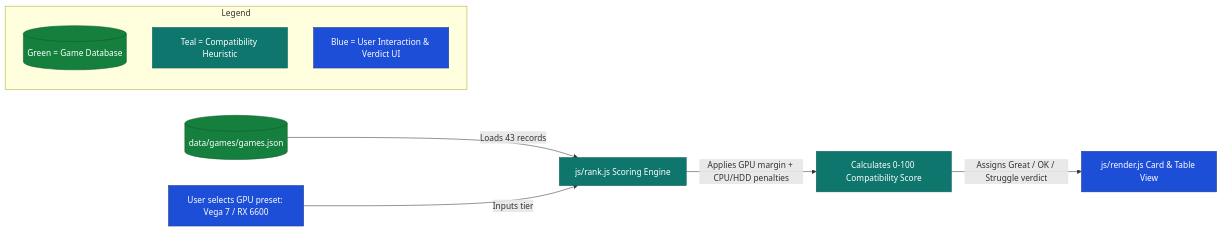
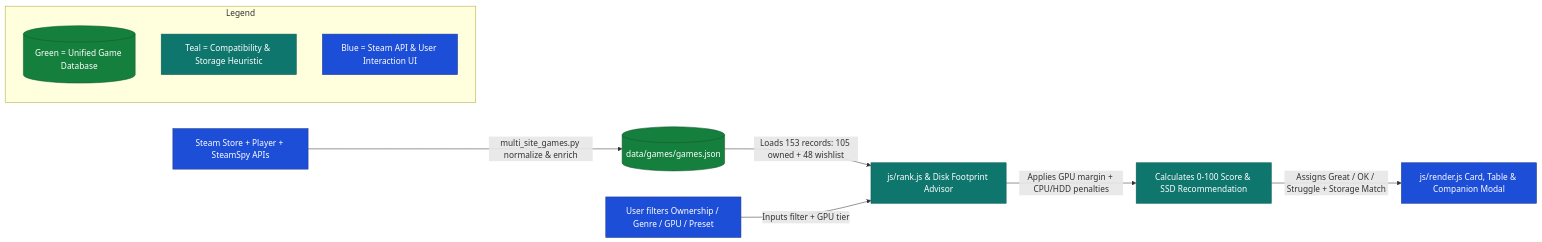
One commit to Mostakim2005/database-manager changed the third of 12 diagrams in docs/ARCHITECTURE.md. Above: the diagram before and after it, drawn with Mermaid. The commit also changed other lines of this file and 28 other files, not shown here.

Commit message:
feat(games): unify 105 owned Steam games with 48 RTS wishlist titles and sync cross-domain sectors

````diff
--- a/docs/ARCHITECTURE.md
+++ b/docs/ARCHITECTURE.md
@@ -115,18 +115,19 @@
 ```mermaid
 flowchart LR
     %% Color Definitions
     classDef startNode fill:#1d4ed8,stroke:#1e3a8a,color:#ffffff
     classDef processNode fill:#0f766e,stroke:#115e59,color:#ffffff
     classDef dataNode fill:#15803d,stroke:#14532d,color:#ffffff
 
-    G1[(data/games/games.json)]:::dataNode -->|Loads 43 records| G2[js/rank.js Scoring Engine]:::processNode
-    G3[User selects GPU preset: Vega 7 / RX 6600]:::startNode -->|Inputs tier| G2
-    G2 -->|Applies GPU margin + CPU/HDD penalties| G4[Calculates 0-100 Compatibility Score]:::processNode
-    G4 -->|Assigns Great / OK / Struggle verdict| G5[js/render.js Card & Table View]:::startNode
+    S0[Steam Store + Player + SteamSpy APIs]:::startNode -->|multi_site_games.py normalize & enrich| G1[(data/games/games.json)]:::dataNode
+    G1 -->|Loads 153 records: 105 owned + 48 wishlist| G2[js/rank.js & Disk Footprint Advisor]:::processNode
+    G3[User filters Ownership / Genre / GPU / Preset]:::startNode -->|Inputs filter + GPU tier| G2
+    G2 -->|Applies GPU margin + CPU/HDD penalties| G4[Calculates 0-100 Score & SSD Recommendation]:::processNode
+    G4 -->|Assigns Great / OK / Struggle + Storage Match| G5[js/render.js Card, Table & Companion Modal]:::startNode
 
     subgraph Legend["Legend"]
-        L1[(Green = Game Database)]:::dataNode
-        L2[Teal = Compatibility Heuristic]:::processNode
-        L3[Blue = User Interaction & Verdict UI]:::startNode
+        L1[(Green = Unified Game Database)]:::dataNode
+        L2[Teal = Compatibility & Storage Heuristic]:::processNode
+        L3[Blue = Steam API & User Interaction UI]:::startNode
     end
 ```
````
